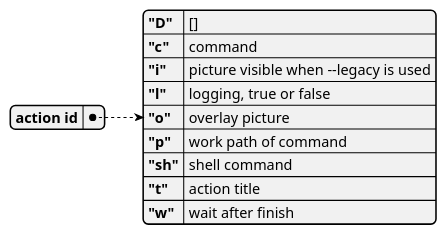
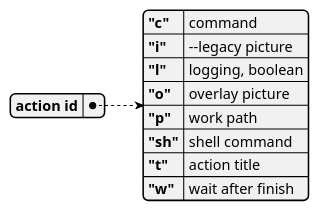
Before and after one commit to MARTIMM/SessionManager: the second of 7 diagrams in doc/session-manager.md, drawn with PlantUML. The commit also changed other lines of this file, not shown here.

````diff
--- a/doc/session-manager.md
+++ b/doc/session-manager.md
@@ -106,14 +114,13 @@
 ```plantuml
 @startyaml
 action id: 
-  "D":  []
   "c": command
-  "i": picture visible when --legacy is used
-  "l": logging, true or false
+  "i": --legacy picture
+  "l": logging, boolean
   "o": overlay picture
-  "p": work path of command
+  "p": work path
   "sh": shell command
   "t": action title
   "w": wait after finish
 @endyaml
 ```
````
